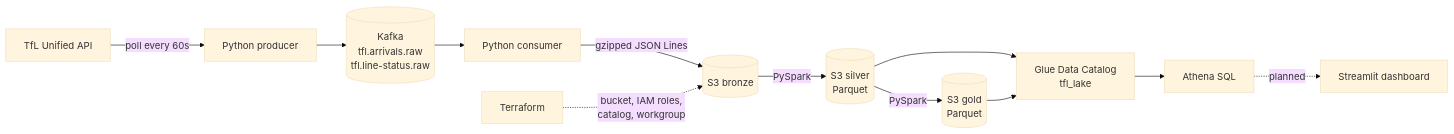
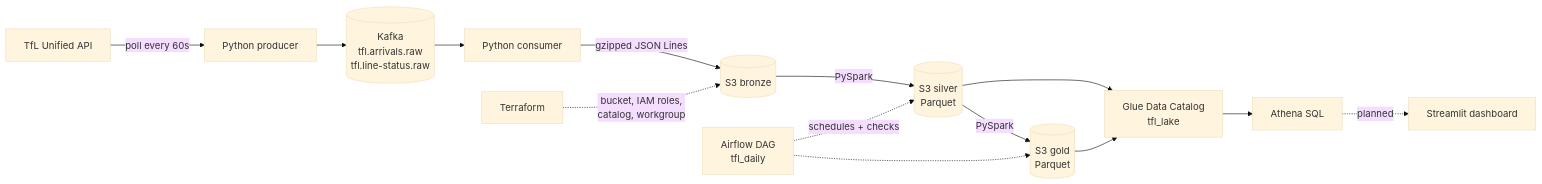
The first of 2 diagrams in README.md (Muhammad234871/tfl-streaming-pipeline), drawn with Mermaid (base theme) before and after one commit. The commit also changed other lines of this file and 2 other files, not shown here.

Commit message:
Add DAG structure tests in CI; README for Phase 5 (Airflow)

````diff
--- a/README.md
+++ b/README.md
@@ -19,14 +20,16 @@
 ```mermaid
 flowchart LR
     A[TfL Unified API] -->|poll every 60s| B[Python producer]
     B --> C[(Kafka<br/>tfl.arrivals.raw<br/>tfl.line-status.raw)]
     C --> D[Python consumer]
     D -->|gzipped JSON Lines| E[(S3 bronze)]
     E -->|PySpark| F[(S3 silver<br/>Parquet)]
     F -->|PySpark| G[(S3 gold<br/>Parquet)]
     F --> K[Glue Data Catalog<br/>tfl_lake]
     G --> K
     K --> H[Athena SQL]
+    W[Airflow DAG<br/>tfl_daily] -.->|schedules + checks| F
+    W -.-> G
     T[Terraform] -.->|bucket, IAM roles,<br/>catalog, workgroup| E
     H -.->|planned| I[Streamlit dashboard]
 ```
````
